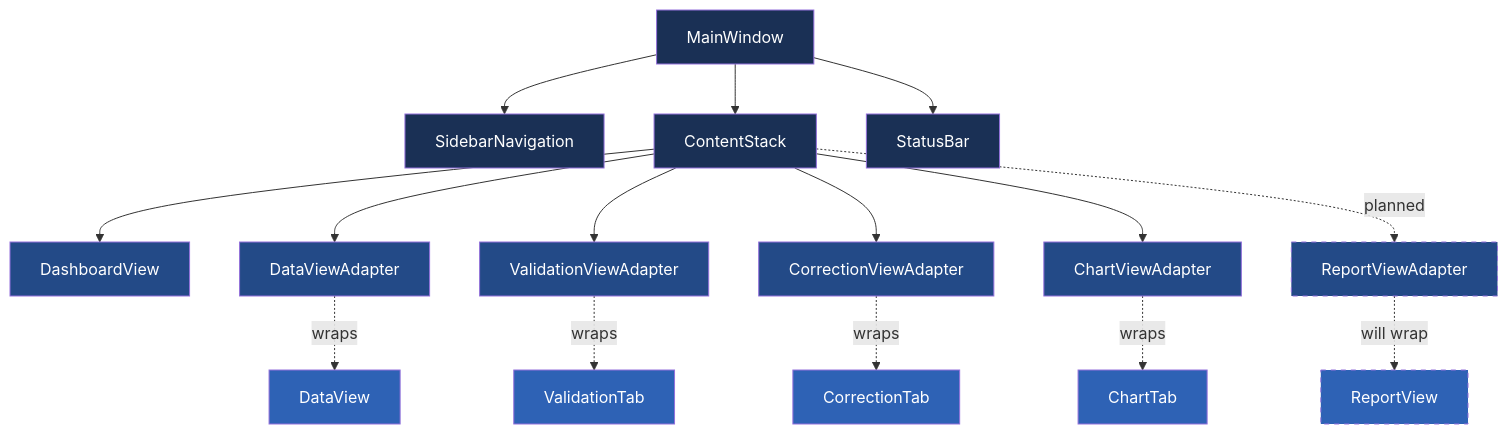
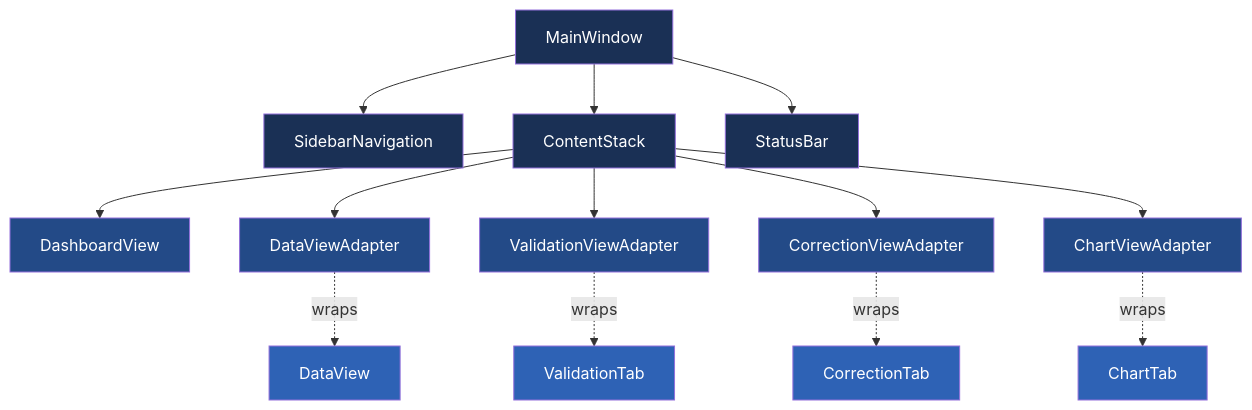
The second of 4 diagrams in memory-bank/systemPatterns.md (LinkesAuge/ChestBuddy), drawn with Mermaid before and after one commit. The commit also changed other lines of this file and 4 other files, not shown here.

````diff
--- a/memory-bank/systemPatterns.md
+++ b/memory-bank/systemPatterns.md
@@ -192,34 +192,30 @@
 ```mermaid
 graph TD
     MW[MainWindow] --> SB[SidebarNavigation]
     MW --> CS[ContentStack]
     MW --> STB[StatusBar]
     CS --> D[DashboardView]
     CS --> DV[DataViewAdapter]
     CS --> VV[ValidationViewAdapter]
     CS --> CV[CorrectionViewAdapter]
     CS --> CHV[ChartViewAdapter]
-    CS -.planned.-> RPV[ReportViewAdapter]
     
     DV -.wraps.-> DO[DataView]
     VV -.wraps.-> VO[ValidationTab]
     CV -.wraps.-> CO[CorrectionTab]
     CHV -.wraps.-> CHO[ChartTab]
-    RPV -.will wrap.-> RPO[ReportView]
     
     style MW fill:#1a3055,color:#fff
     style SB fill:#1a3055,color:#fff
     style CS fill:#1a3055,color:#fff
     style STB fill:#1a3055,color:#fff
     style D fill:#234a87,color:#fff
     style DV fill:#234a87,color:#fff
     style VV fill:#234a87,color:#fff
     style CV fill:#234a87,color:#fff
     style CHV fill:#234a87,color:#fff
-    style RPV fill:#234a87,color:#fff,stroke-dasharray: 5 5
     style DO fill:#2e62b5,color:#fff
     style VO fill:#2e62b5,color:#fff
     style CO fill:#2e62b5,color:#fff
     style CHO fill:#2e62b5,color:#fff
-    style RPO fill:#2e62b5,color:#fff,stroke-dasharray: 5 5
 ```
````
